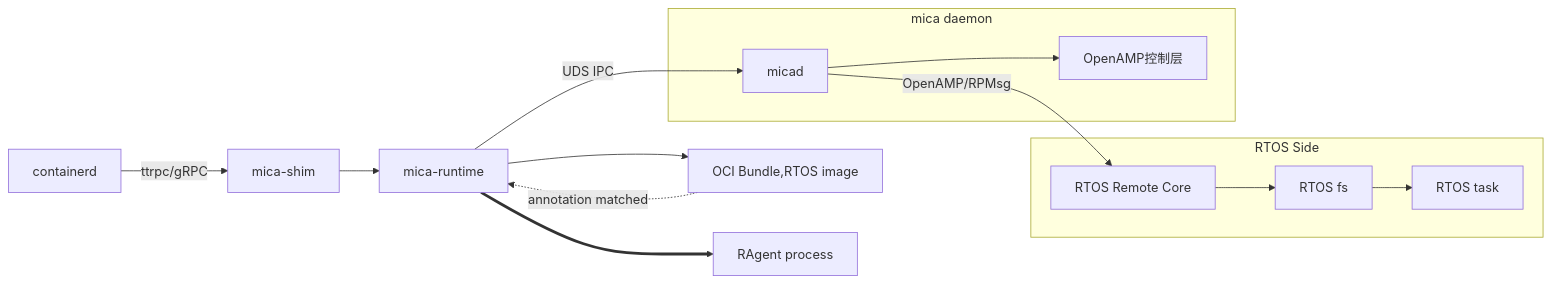
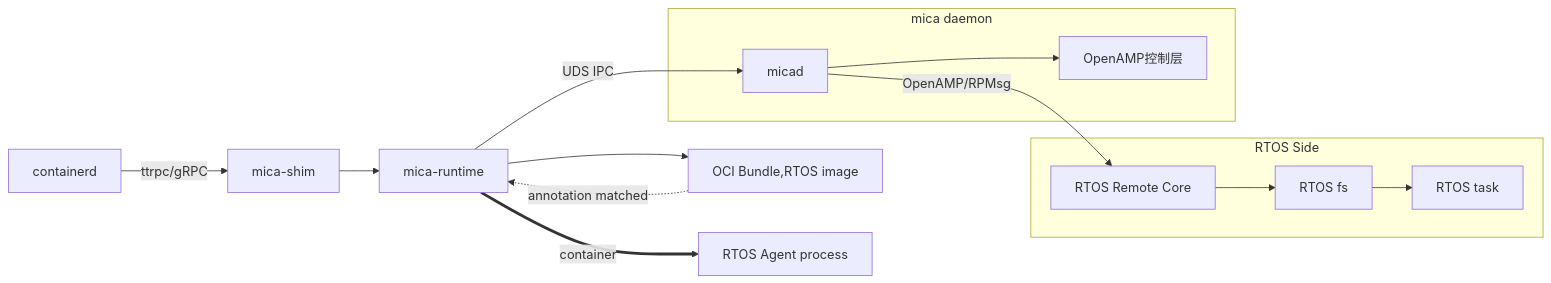
Before and after one commit to Egg12138/iodraw-files: the diagram in all/未命名.md, drawn with Mermaid.

Commit message:
2025-06-21 17:08:10 update

````diff
--- a/all/未命名.md
+++ b/all/未命名.md
@@ -1,19 +1,19 @@
 ```mermaid
 
 graph LR
     CD[containerd] -->|ttrpc/gRPC| S
     S[mica-shim] --> MR
     MR[mica-runtime] -->|UDS IPC| A[micad]
     MR -->C[OCI Bundle,RTOS image]
-    MR ==>AG[RAgent process]
+    MR ==>|container|AG[RTOS Agent process]
     A -->|OpenAMP/RPMsg| B[RTOS Remote Core]
     C -.->|annotation matched| MR
     subgraph RTOS Side
         B --> D[RTOS fs] --> E
         E[RTOS task]
     end
     subgraph mica daemon
         A --> F[OpenAMP控制层]
     end
 
 ```
````
